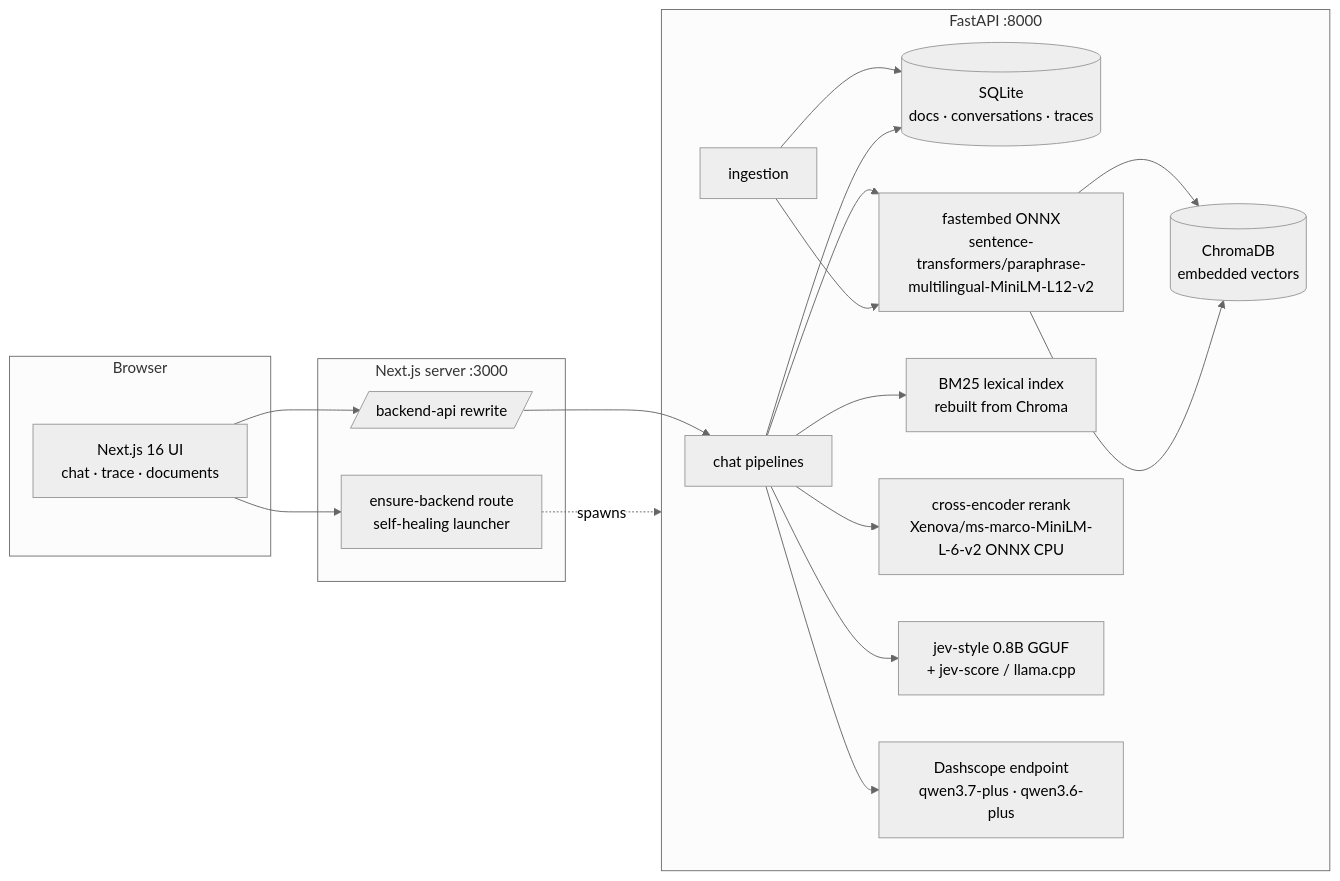
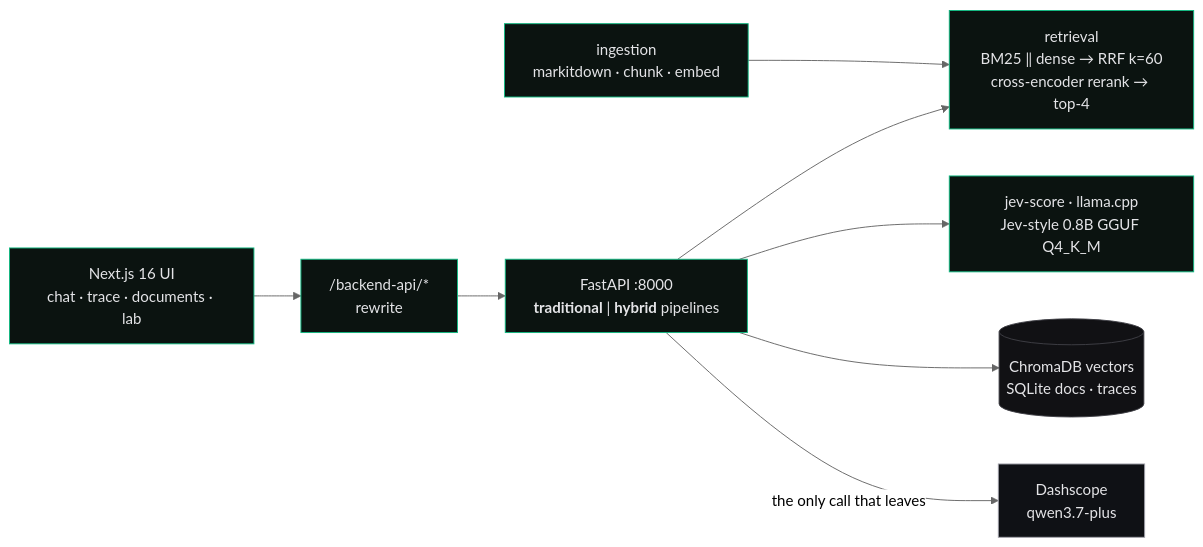
Before and after one commit to kanishka-namdeo/jev-rag: the first of 5 diagrams in docs/architecture.md, drawn with Mermaid (neutral theme). The commit also changed other lines of this file and 18 other files, not shown here.

````diff
--- a/docs/architecture.md
+++ b/docs/architecture.md
@@ -8,33 +14,17 @@
 ```mermaid
 flowchart LR
-  subgraph Browser
-    UI[Next.js 16 UI<br/>chat · trace · documents]
-  end
-  subgraph NextServer[Next.js server :3000]
-    RW[/backend-api rewrite/]
-    ENS[ensure-backend route<br/>self-healing launcher]
-  end
-  subgraph FastAPI[FastAPI :8000]
-    CHAT[chat pipelines]
-    ING[ingestion]
-    DB[(SQLite<br/>docs · conversations · traces)]
-    VS[(ChromaDB<br/>embedded vectors)]
-    EMB[fastembed ONNX<br/>sentence-transformers/paraphrase-multilingual-MiniLM-L12-v2]
-    BM25[BM25 lexical index<br/>rebuilt from Chroma]
-    CE[cross-encoder rerank<br/>Xenova/ms-marco-MiniLM-L-6-v2 ONNX CPU]
-    JEVL[jev-style 0.8B GGUF<br/>+ jev-score / llama.cpp]
-    LLM[Dashscope endpoint<br/>qwen3.7-plus · qwen3.6-plus]
-  end
+  UI["Next.js 16 UI<br/>chat · trace · documents · lab"] --> RW["/backend-api/*<br/>rewrite"] --> API["FastAPI :8000<br/><b>traditional</b> | <b>hybrid</b> pipelines"]
+  ING["ingestion<br/>markitdown · chunk · embed"] --> RET
+  API --> RET["retrieval<br/>BM25 ‖ dense → RRF k=60<br/>cross-encoder rerank → top-4"]
+  API --> JEV["jev-score · llama.cpp<br/>Jev-style 0.8B GGUF Q4_K_M"]
+  API --> DB[("ChromaDB vectors<br/>SQLite docs · traces")]
+  API -->|"the only call that leaves"| LLM["Dashscope<br/>qwen3.7-plus"]
 
-  UI --> RW --> CHAT
-  UI --> ENS
-  ENS -.spawns.-> FastAPI
-  CHAT --> EMB --> VS
-  CHAT --> BM25
-  CHAT --> CE
-  CHAT --> JEVL
-  CHAT --> LLM
-  ING --> EMB --> VS
-  ING --> DB
-  CHAT --> DB
+  classDef local fill:#0b1310,stroke:#10b981,color:#e4e4e7
+  classDef edge fill:#0c1218,stroke:#0ea5e9,color:#e4e4e7
+  classDef store fill:#111114,stroke:#3f3f46,color:#e4e4e7
+  classDef cloud fill:#0f1115,stroke:#a1a1aa,color:#e4e4e7
+  class UI,RW,API,ING,RET,JEV local
+  class DB store
+  class LLM cloud
 ```
````
